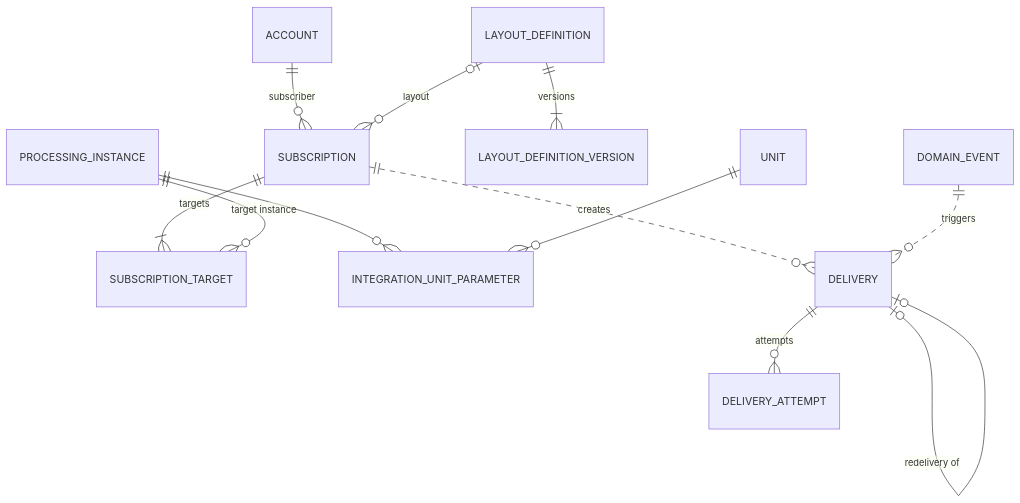
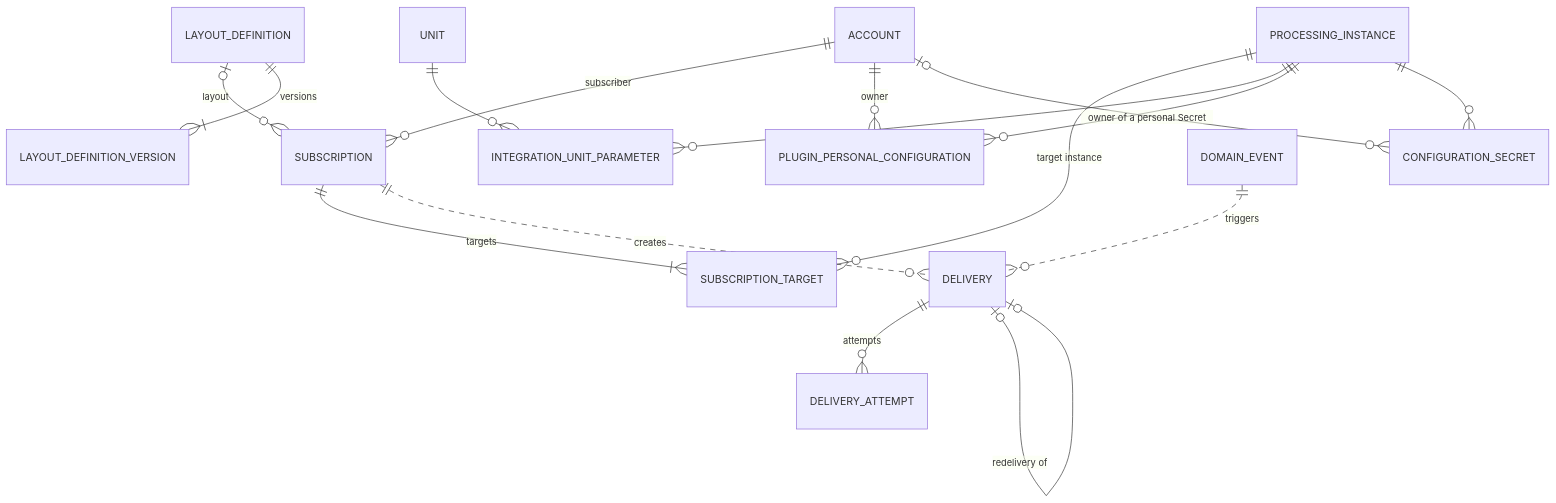
One commit to gopager/gopager changed the sixth of 7 diagrams in docs/architecture.md. Above: the diagram before and after it, drawn with Mermaid. The commit also changed other lines of this file and 167 other files, not shown here.

````diff
--- a/docs/architecture.md
+++ b/docs/architecture.md
@@ -309,14 +316,18 @@
 ```mermaid
 erDiagram
     ACCOUNT ||--o{ SUBSCRIPTION : "subscriber"
     SUBSCRIPTION ||--|{ SUBSCRIPTION_TARGET : "targets"
     PROCESSING_INSTANCE ||--o{ SUBSCRIPTION_TARGET : "target instance"
     LAYOUT_DEFINITION |o--o{ SUBSCRIPTION : "layout"
     LAYOUT_DEFINITION ||--|{ LAYOUT_DEFINITION_VERSION : versions
     PROCESSING_INSTANCE ||--o{ INTEGRATION_UNIT_PARAMETER : ""
     UNIT ||--o{ INTEGRATION_UNIT_PARAMETER : ""
+    PROCESSING_INSTANCE ||--o{ PLUGIN_PERSONAL_CONFIGURATION : ""
+    ACCOUNT ||--o{ PLUGIN_PERSONAL_CONFIGURATION : "owner"
+    PROCESSING_INSTANCE ||--o{ CONFIGURATION_SECRET : ""
+    ACCOUNT |o--o{ CONFIGURATION_SECRET : "owner of a personal Secret"
     SUBSCRIPTION ||..o{ DELIVERY : "creates"
     DOMAIN_EVENT ||..o{ DELIVERY : "triggers"
     DELIVERY ||--o{ DELIVERY_ATTEMPT : attempts
     DELIVERY |o--o| DELIVERY : "redelivery of"
 ```
````
